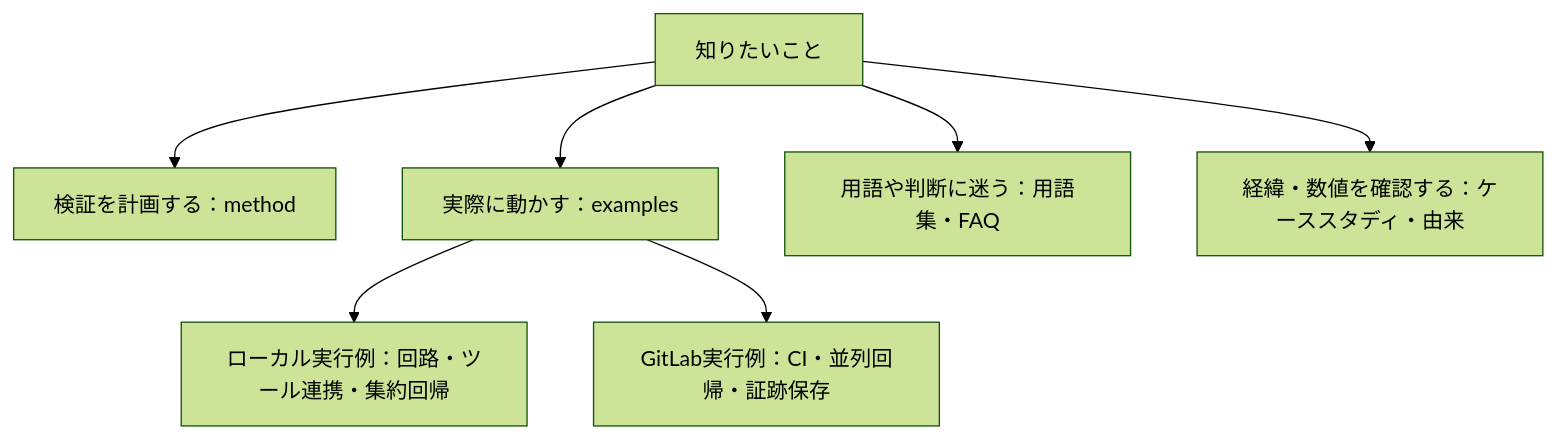
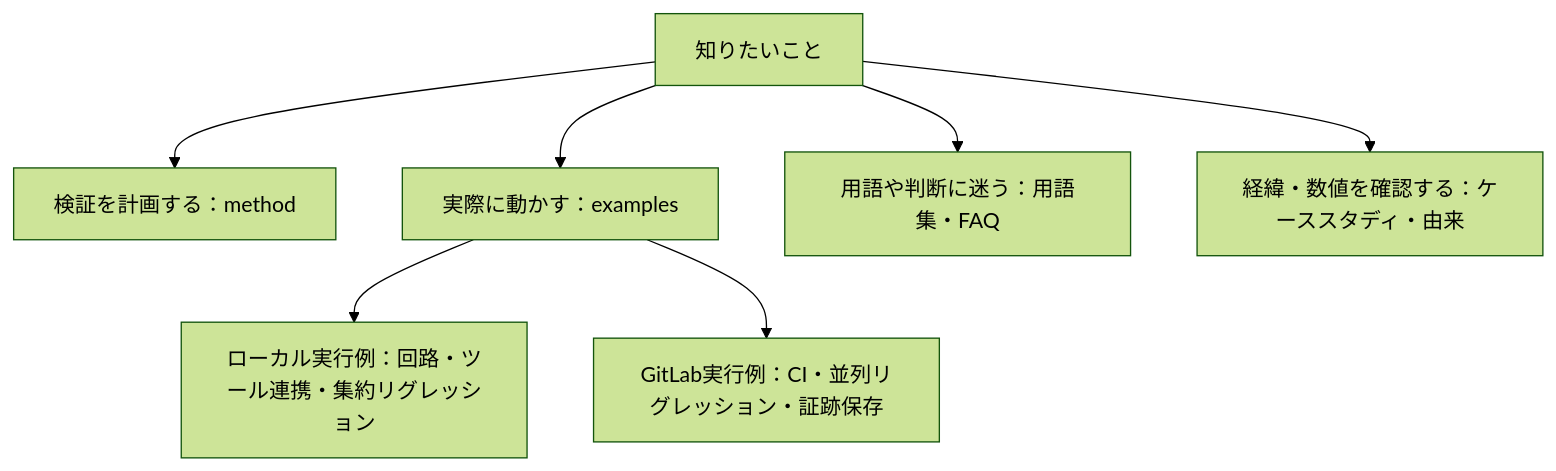
One commit to kurochan001/lsi-verification-method changed the first of 2 diagrams in README.md. Above: the diagram before and after it, drawn with Mermaid (forest theme). The commit also changed other lines of this file and 91 other files, not shown here.

````diff
--- a/README.md
+++ b/README.md
@@ -12,11 +12,11 @@
 ```mermaid
 flowchart TD
   accTitle: 目的から資料を選ぶ
   accDescr: 手法の理解、実行例、用語、過去の記録を分けてたどると、必要な説明へ進めます。
   S["知りたいこと"] --> M["検証を計画する：method"]
   S --> E["実際に動かす：examples"]
   S --> G["用語や判断に迷う：用語集・FAQ"]
   S --> C["経緯・数値を確認する：ケーススタディ・由来"]
-  E --> L["ローカル実行例：回路・ツール連携・集約回帰"]
-  E --> J["GitLab実行例：CI・並列回帰・証跡保存"]
+  E --> L["ローカル実行例：回路・ツール連携・集約リグレッション"]
+  E --> J["GitLab実行例：CI・並列リグレッション・証跡保存"]
 ```
````
